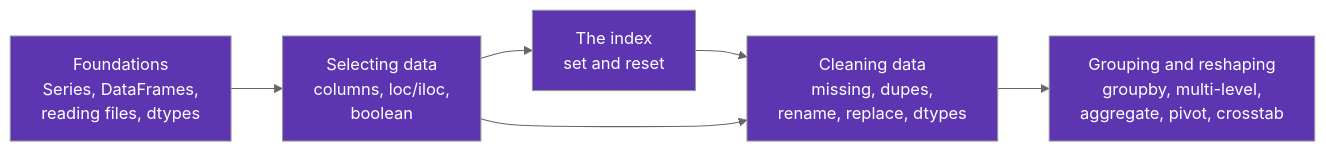
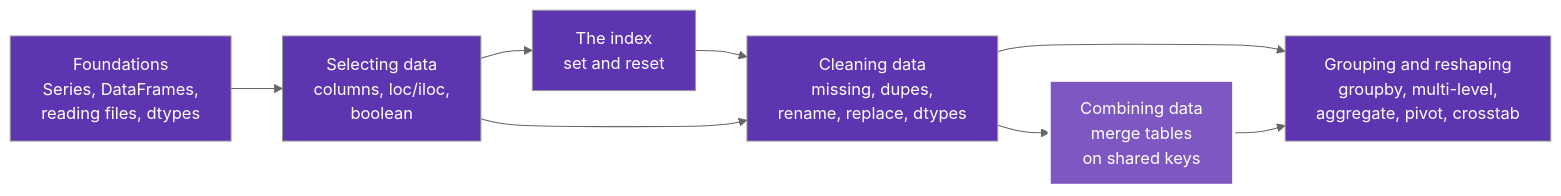
Before and after one commit to karywnl/pandas: the diagram in docs/index.md, drawn with Mermaid (neutral theme). The commit also changed other lines of this file and 4 other files, not shown here.

````diff
--- a/docs/index.md
+++ b/docs/index.md
@@ -16,13 +16,16 @@
 ```mermaid
 flowchart LR
     F["Foundations<br/>Series, DataFrames,<br/>reading files, dtypes"] --> SEL["Selecting data<br/>columns, loc/iloc,<br/>boolean"]
     SEL --> IDX["The index<br/>set and reset"]
     IDX --> CLEAN["Cleaning data<br/>missing, dupes,<br/>rename, replace, dtypes"]
     CLEAN --> GRP["Grouping and reshaping<br/>groupby, multi-level,<br/>aggregate, pivot, crosstab"]
     SEL --> CLEAN
+    CLEAN --> COMB["Combining data<br/>merge tables<br/>on shared keys"]
+    COMB --> GRP
     style F fill:#5e35b1,color:#fff
     style SEL fill:#5e35b1,color:#fff
     style IDX fill:#5e35b1,color:#fff
     style CLEAN fill:#5e35b1,color:#fff
     style GRP fill:#5e35b1,color:#fff
+    style COMB fill:#7e57c2,color:#fff,stroke:#fff,stroke-width:3px
 ```
````
